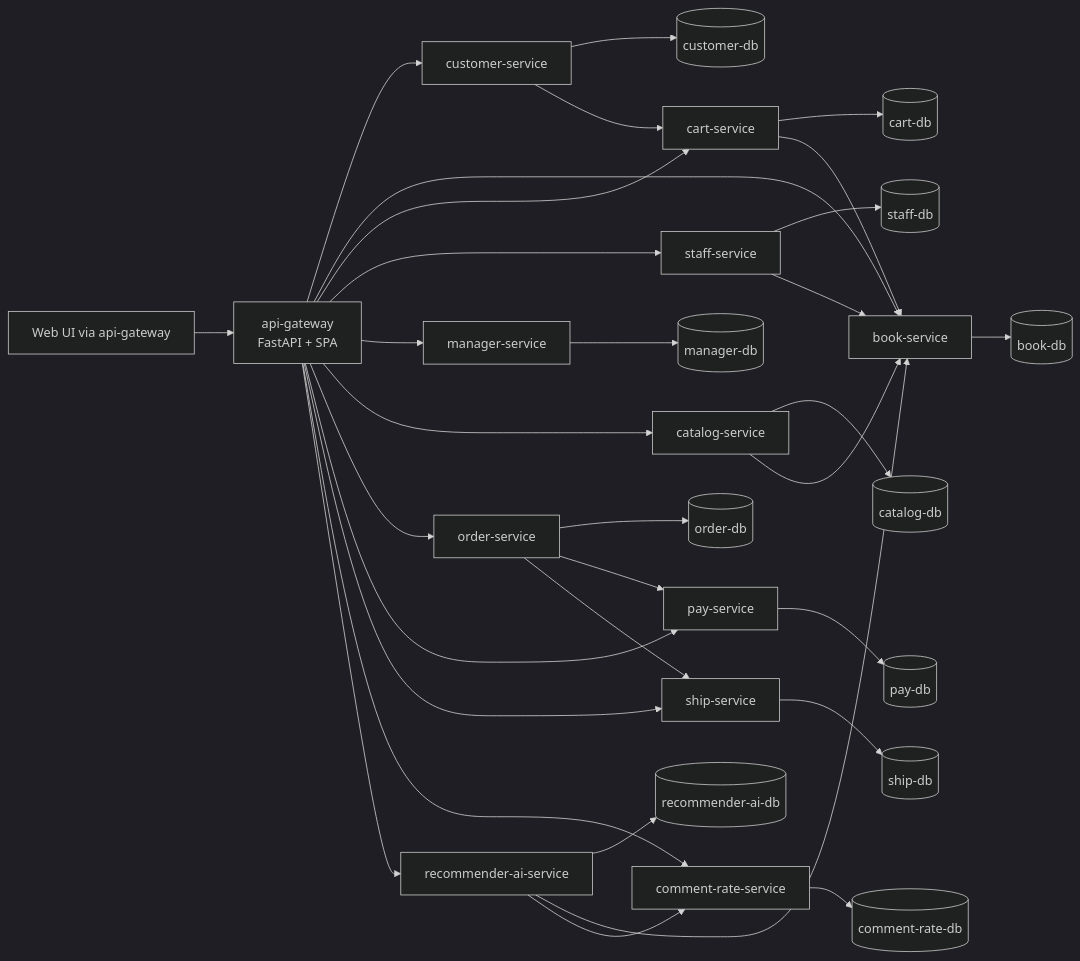
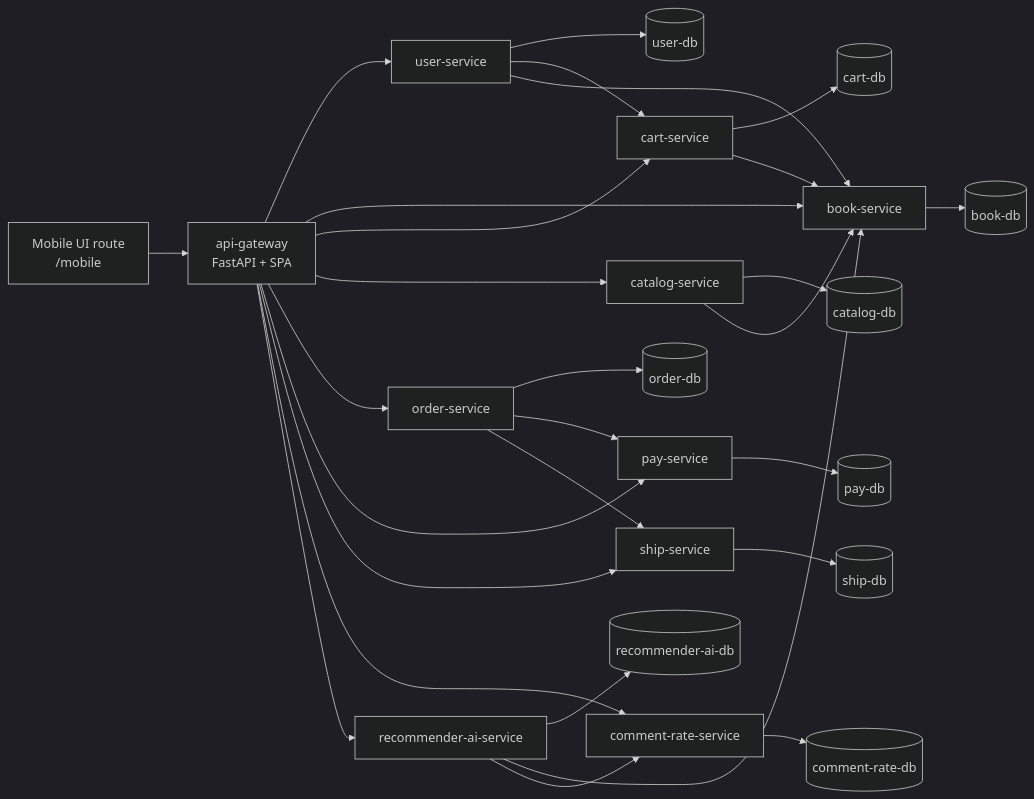
One commit to nkokmit/HTN changed the first of 13 diagrams in docs/architecture-diagrams.md. Above: the diagram before and after it, drawn with Mermaid (dark theme). The commit also changed other lines of this file and 194 other files, not shown here.

````diff
--- a/docs/architecture-diagrams.md
+++ b/docs/architecture-diagrams.md
@@ -5,36 +5,32 @@
 ```mermaid
 flowchart LR
-    UI[Web UI via api-gateway] --> GW[api-gateway\nFastAPI + SPA]
-    GW --> CUS[customer-service]
+    UI[Mobile UI route\n/mobile] --> GW[api-gateway\nFastAPI + SPA]
+    GW --> USER[user-service]
     GW --> BOOK[book-service]
     GW --> CART[cart-service]
-    GW --> STAFF[staff-service]
-    GW --> MAN[manager-service]
     GW --> CAT[catalog-service]
     GW --> ORD[order-service]
     GW --> PAY[pay-service]
     GW --> SHIP[ship-service]
     GW --> RATE[comment-rate-service]
     GW --> REC[recommender-ai-service]
 
-    CUS --> CUSDB[(customer-db)]
+    USER --> USERDB[(user-db)]
     BOOK --> BOOKDB[(book-db)]
     CART --> CARTDB[(cart-db)]
-    STAFF --> STAFFDB[(staff-db)]
-    MAN --> MANDB[(manager-db)]
     CAT --> CATDB[(catalog-db)]
     ORD --> ORDDB[(order-db)]
     PAY --> PAYDB[(pay-db)]
     SHIP --> SHIPDB[(ship-db)]
     RATE --> RATEDB[(comment-rate-db)]
     REC --> RECDB[(recommender-ai-db)]
 
-    CUS --> CART
-    STAFF --> BOOK
+    USER --> CART
+    USER --> BOOK
     CAT --> BOOK
     CART --> BOOK
     ORD --> PAY
     ORD --> SHIP
     REC --> BOOK
     REC --> RATE
 ```
````
